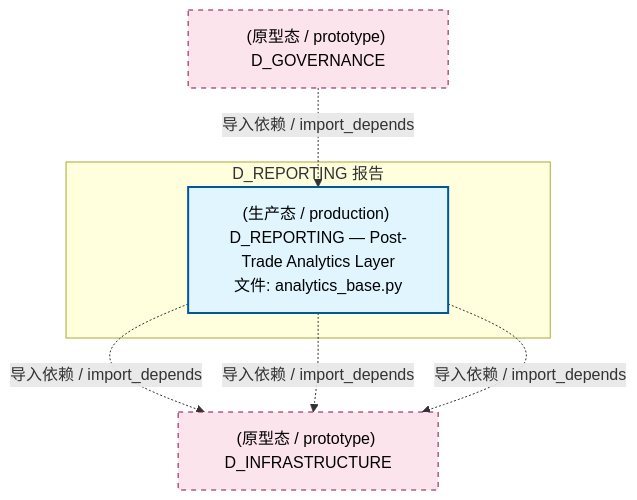
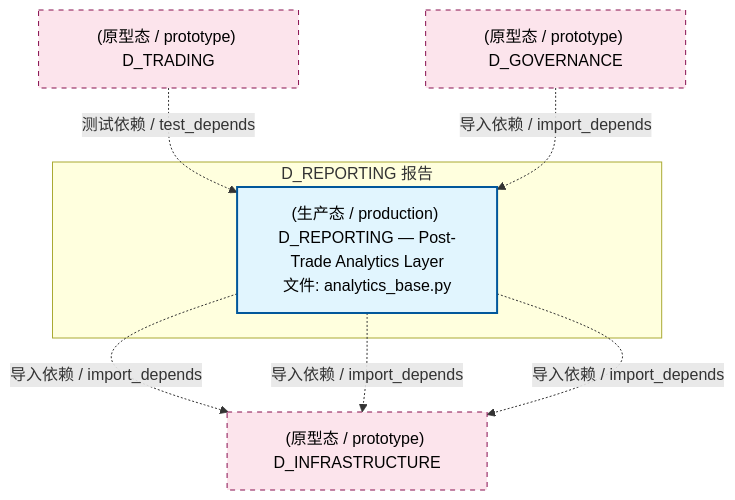
The second of 4 diagrams in docs/02_enterprise_architecture/02_domain_architecture_docs/23_d_reporting.md (xuanFelixVan/ZephyrAlpha), drawn with Mermaid before and after one commit. The commit also changed other lines of this file and 124 other files, not shown here.

````diff
--- a/docs/02_enterprise_architecture/02_domain_architecture_docs/23_d_reporting.md
+++ b/docs/02_enterprise_architecture/02_domain_architecture_docs/23_d_reporting.md
@@ -116,18 +118,20 @@
 ```mermaid
 graph TD
     subgraph D_REPORTING["D_REPORTING 报告"]
         src_zephyr_reporting_analytics_base_py["(生产态 / production) D_REPORTING — Post-Trade Analytics Layer<br/>文件: analytics_base.py"]
     end
     D_INFRASTRUCTURE["(原型态 / prototype) D_INFRASTRUCTURE"]
     src_zephyr_reporting_analytics_base_py -.->|导入依赖 / import_depends| D_INFRASTRUCTURE
     src_zephyr_reporting_analytics_base_py -.->|导入依赖 / import_depends| D_INFRASTRUCTURE
     src_zephyr_reporting_analytics_base_py -.->|导入依赖 / import_depends| D_INFRASTRUCTURE
+    D_TRADING["(原型态 / prototype) D_TRADING"]
+    D_TRADING -.->|测试依赖 / test_depends| src_zephyr_reporting_analytics_base_py
     D_GOVERNANCE["(原型态 / prototype) D_GOVERNANCE"]
     D_GOVERNANCE -.->|导入依赖 / import_depends| src_zephyr_reporting_analytics_base_py
     classDef production fill:#e1f5fe,stroke:#01579b,stroke-width:2px,color:#000
     classDef design fill:#fff3e0,stroke:#e65100,stroke-width:2px,color:#000,stroke-dasharray: 5 5
     classDef external_prod fill:#e8f5e9,stroke:#1b5e20,stroke-width:1px,color:#000
     classDef external_design fill:#fce4ec,stroke:#880e4f,stroke-width:1px,color:#000,stroke-dasharray: 5 5
     class src_zephyr_reporting_analytics_base_py production
-    class D_INFRASTRUCTURE,D_GOVERNANCE external_design
+    class D_INFRASTRUCTURE,D_TRADING,D_GOVERNANCE external_design
 ```
````
